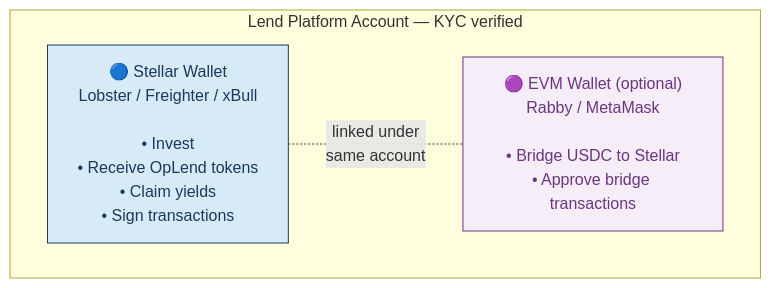
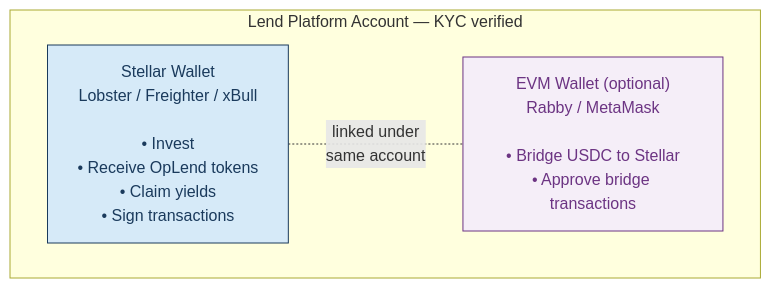
The fourth of 8 diagrams in README.md (lendxyz/stellar-stack), drawn with Mermaid before and after one commit. The commit also changed other lines of this file, not shown here.

````diff
--- a/README.md
+++ b/README.md
@@ -184,17 +382,16 @@
 ```mermaid
 graph LR
     subgraph Account["Lend Platform Account — KYC verified"]
         direction LR
-        SW["🔵 Stellar Wallet<br/>Lobster / Freighter / xBull<br/><br/>• Invest<br/>• Receive OpLend tokens<br/>• Claim yields<br/>• Sign transactions"]
-        EW["🟣 EVM Wallet (optional)<br/>Rabby / MetaMask<br/><br/>• Bridge USDC to Stellar<br/>• Approve bridge transactions"]
+        SW["Stellar Wallet<br/>Lobster / Freighter / xBull<br/><br/>• Invest<br/>• Receive OpLend tokens<br/>• Claim yields<br/>• Sign transactions"]
+        EW["EVM Wallet (optional)<br/>Rabby / MetaMask<br/><br/>• Bridge USDC to Stellar<br/>• Approve bridge transactions"]
     end
 
     SW -.-|"linked under<br/>same account"| EW
 
     classDef stellar fill:#d6eaf8,stroke:#1a3a5c,color:#1a3a5c
     classDef evm fill:#f5eef8,stroke:#6c3483,color:#6c3483
-    classDef account fill:#f8f9fa,stroke:#2c3e50,color:#2c3e50
 
     class SW stellar
     class EW evm
 ```
````
